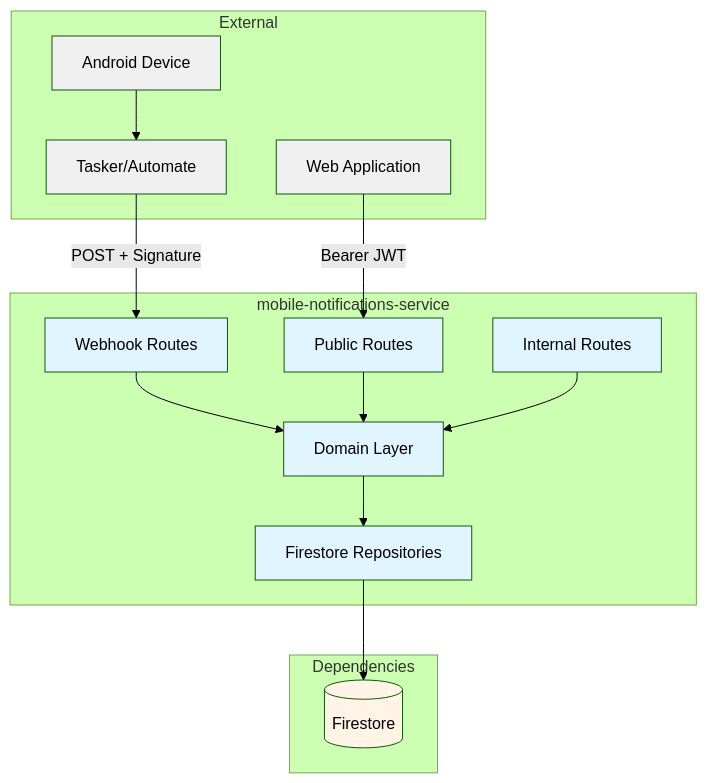
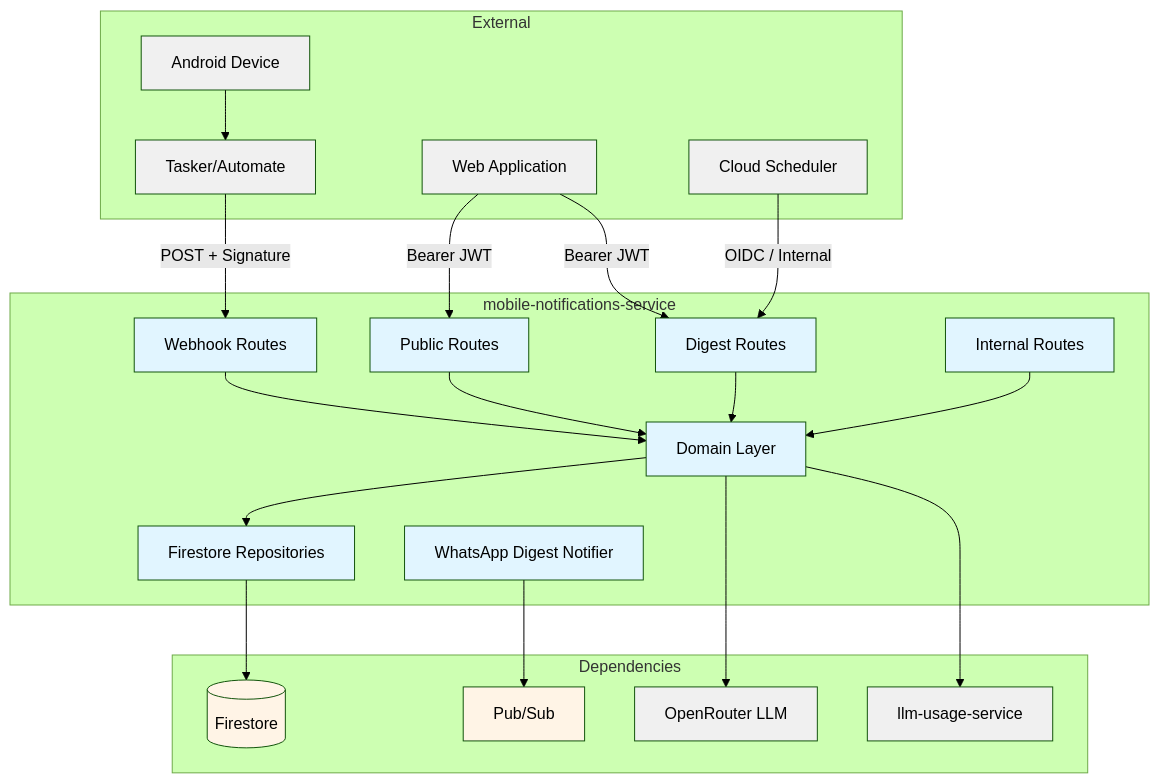
The first of 3 diagrams in docs/services/mobile-notifications-service/technical.md (pbuchman/intexuraos), drawn with Mermaid (forest theme) before and after one commit. The commit also changed other lines of this file and 132 other files, not shown here.

````diff
--- a/docs/services/mobile-notifications-service/technical.md
+++ b/docs/services/mobile-notifications-service/technical.md
@@ -9,37 +9,49 @@
 ```mermaid
 graph TB
     subgraph "External"
         Mobile[Android Device]
         Tasker[Tasker/Automate]
         WebApp[Web Application]
+        Scheduler[Cloud Scheduler]
     end
 
     subgraph "mobile-notifications-service"
         Webhook[Webhook Routes]
         Public[Public Routes]
+        Digest[Digest Routes]
         Internal[Internal Routes]
         Domain[Domain Layer]
         Infra[Firestore Repositories]
+        Notifier[WhatsApp Digest Notifier]
     end
 
     subgraph "Dependencies"
         Firestore[(Firestore)]
+        PubSub[Pub/Sub]
+        OpenRouter[OpenRouter LLM]
+        LlmUsage[llm-usage-service]
     end
 
     Mobile --> Tasker
     Tasker -->|POST + Signature| Webhook
     WebApp -->|Bearer JWT| Public
+    WebApp -->|Bearer JWT| Digest
+    Scheduler -->|OIDC / Internal| Digest
     Webhook --> Domain
     Public --> Domain
+    Digest --> Domain
     Internal --> Domain
     Domain --> Infra
+    Domain --> OpenRouter
+    Domain --> LlmUsage
     Infra --> Firestore
+    Notifier --> PubSub
 
     classDef service fill:#e1f5ff
     classDef storage fill:#fff4e6
     classDef external fill:#f0f0f0
 
-    class Webhook,Public,Internal,Domain,Infra service
-    class Firestore storage
-    class Mobile,Tasker,WebApp,DataInsights external
+    class Webhook,Public,Digest,Internal,Domain,Infra,Notifier service
+    class Firestore,PubSub storage
+    class Mobile,Tasker,WebApp,Scheduler,OpenRouter,LlmUsage external
 ```
````
